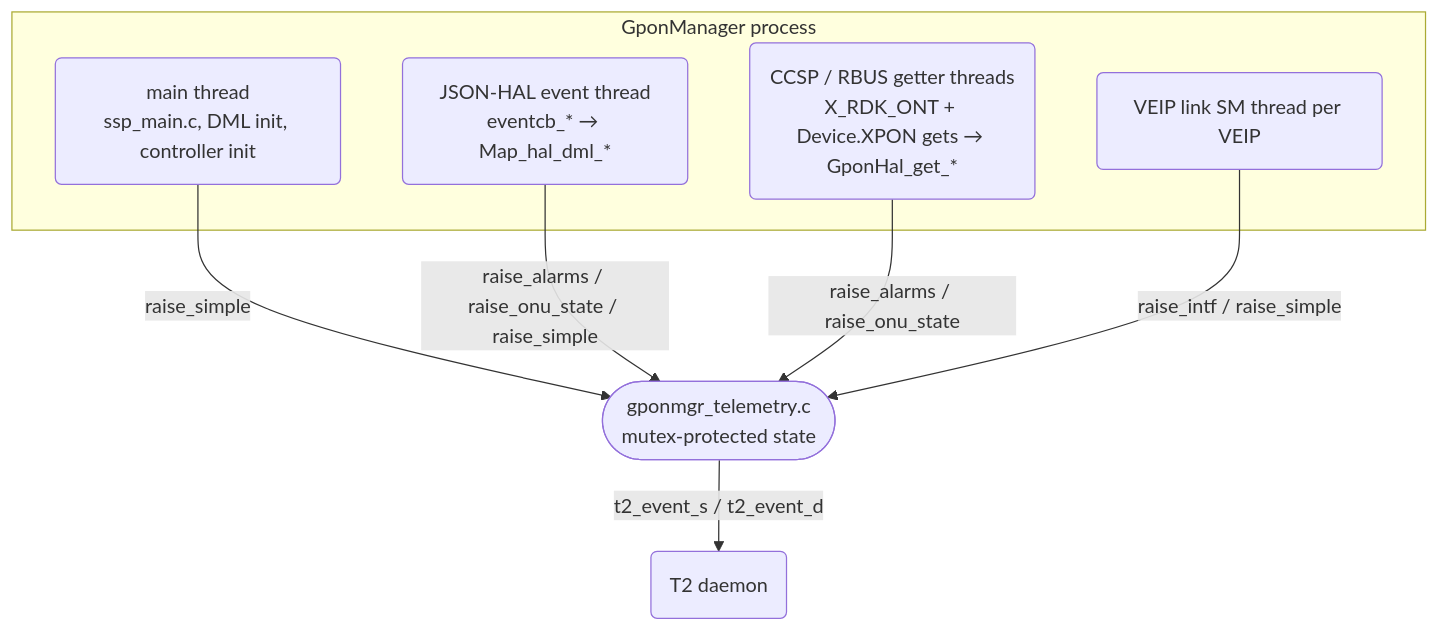
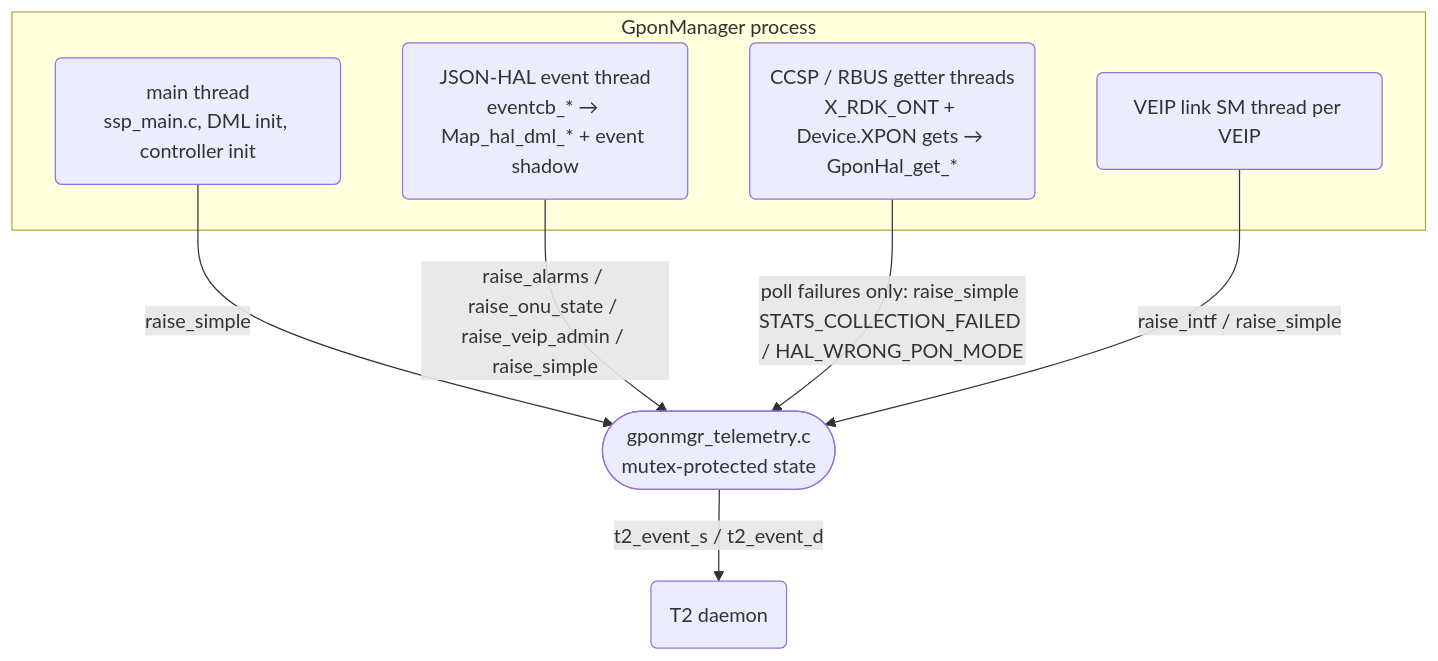
One commit to rdkcentral/gpon-manager changed the sixth of 8 diagrams in docs/07_Telemetry_Design.md. Above: the diagram before and after it, drawn with Mermaid. The commit also changed other lines of this file and 9 other files, not shown here.

````diff
--- a/docs/07_Telemetry_Design.md
+++ b/docs/07_Telemetry_Design.md
@@ -310,16 +333,16 @@
 ```mermaid
 flowchart TB
     subgraph proc [GponManager process]
         MT(main thread<br/>ssp_main.c, DML init, controller init)
-        HEV(JSON-HAL event thread<br/>eventcb_* → Map_hal_dml_*)
+        HEV(JSON-HAL event thread<br/>eventcb_* → Map_hal_dml_* + event shadow)
         GET(CCSP / RBUS getter threads<br/>X_RDK_ONT + Device.XPON gets → GponHal_get_*)
         SMT(VEIP link SM thread per VEIP)
     end
 
     MT  -- raise_simple --> TELE([gponmgr_telemetry.c<br/>mutex-protected state])
-    HEV -- raise_alarms / raise_onu_state / raise_simple --> TELE
-    GET -- raise_alarms / raise_onu_state --> TELE
+    HEV -- raise_alarms / raise_onu_state / raise_veip_admin / raise_simple --> TELE
+    GET -- poll failures only: raise_simple STATS_COLLECTION_FAILED / HAL_WRONG_PON_MODE --> TELE
     SMT -- raise_intf / raise_simple --> TELE
 
     TELE -- t2_event_s / t2_event_d --> T2(T2 daemon)
 ```
````
